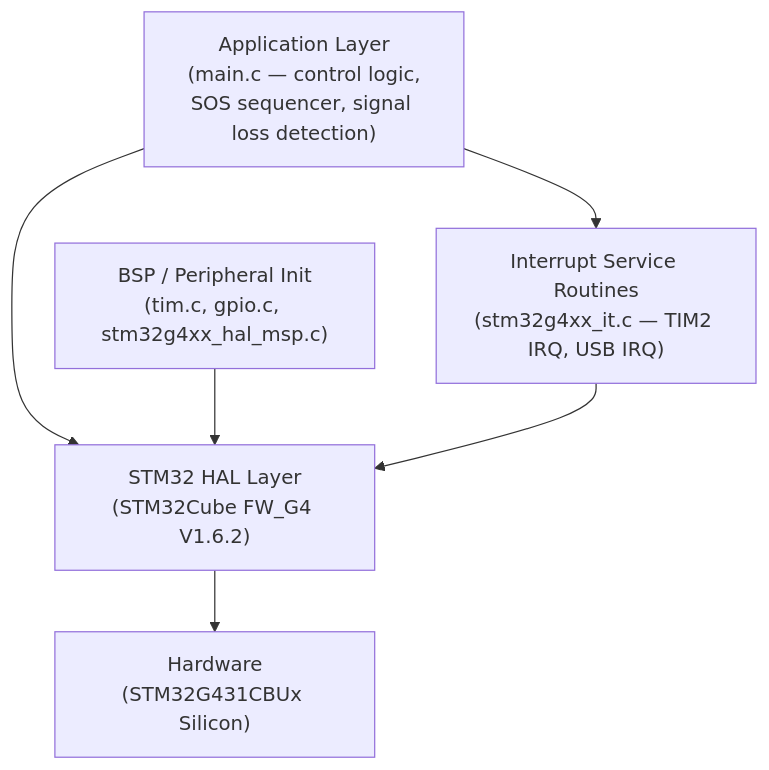
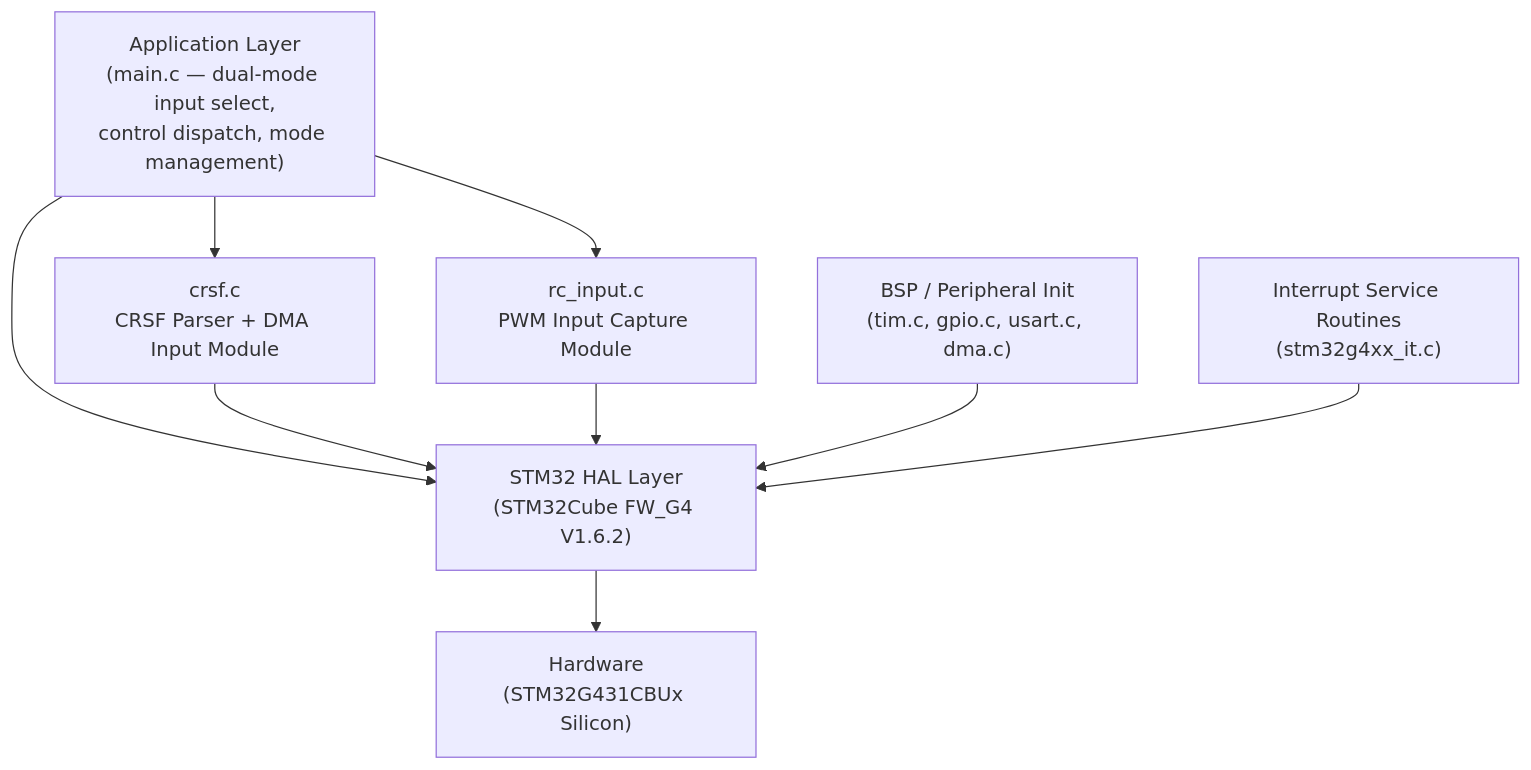
Before and after one commit to QT3112/STM32G4_Lighting: the second of 11 diagrams in docs/firmware_architecture.md, drawn with Mermaid. The commit also changed other lines of this file and 25 other files, not shown here.

````diff
--- a/docs/firmware_architecture.md
+++ b/docs/firmware_architecture.md
@@ -83,14 +93,19 @@
 ```mermaid
 graph TD
-    APP["Application Layer\n(main.c — control logic,\nSOS sequencer, signal loss detection)"]
+    APP["Application Layer\n(main.c — dual-mode input select,\ncontrol dispatch, mode management)"]
+    CRSF_MOD["crsf.c\nCRSF Parser + DMA Input Module"]
+    RC_MOD["rc_input.c\nPWM Input Capture Module"]
     HAL["STM32 HAL Layer\n(STM32Cube FW_G4 V1.6.2)"]
-    BSP["BSP / Peripheral Init\n(tim.c, gpio.c, stm32g4xx_hal_msp.c)"]
-    ISR["Interrupt Service Routines\n(stm32g4xx_it.c — TIM2 IRQ, USB IRQ)"]
+    BSP["BSP / Peripheral Init\n(tim.c, gpio.c, usart.c, dma.c)"]
+    ISR["Interrupt Service Routines\n(stm32g4xx_it.c)"]
     HW["Hardware\n(STM32G431CBUx Silicon)"]
 
+    APP --> CRSF_MOD
+    APP --> RC_MOD
     APP --> HAL
-    APP --> ISR
+    CRSF_MOD --> HAL
+    RC_MOD --> HAL
     BSP --> HAL
+    ISR --> HAL
     HAL --> HW
-    ISR --> HAL
 ```
````
